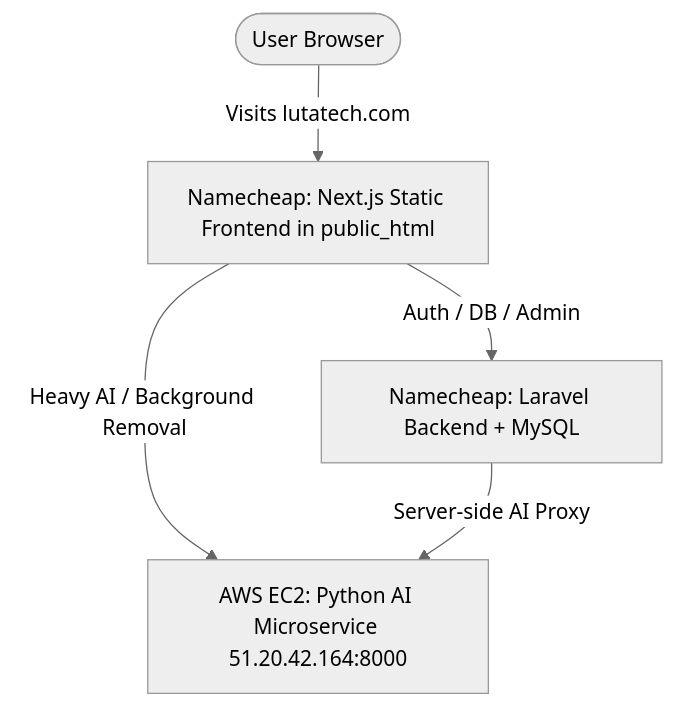
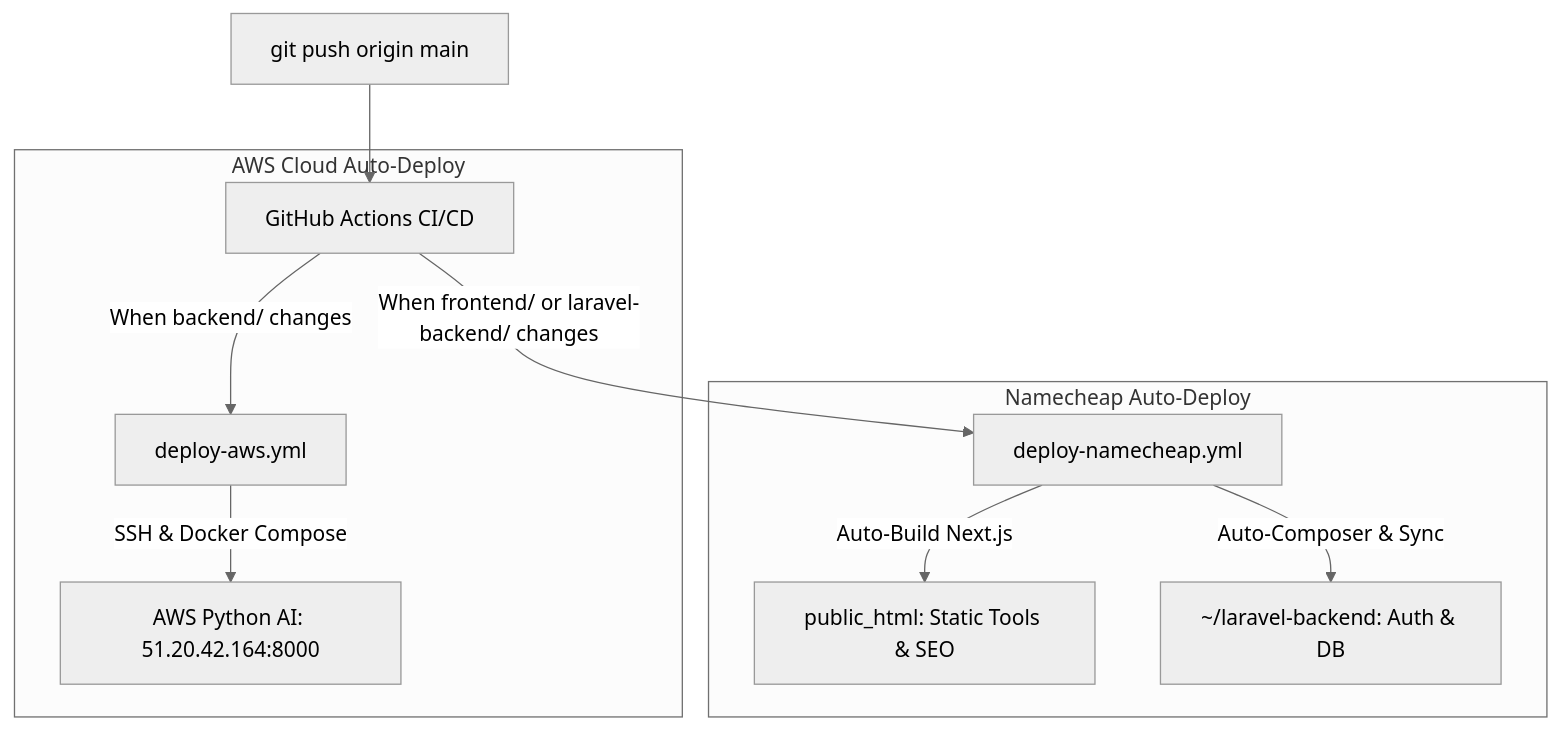
One commit to englutandula/lutatech.com changed the diagram in NAMECHEAP_DEPLOYMENT_GUIDE.md. Above: the diagram before and after it, drawn with Mermaid (neutral theme). The commit also changed other lines of this file and 2 other files, not shown here.

Commit message:
ci: Configure 100% automated fullstack deployment to Namecheap via GitHub Actions

````diff
--- a/NAMECHEAP_DEPLOYMENT_GUIDE.md
+++ b/NAMECHEAP_DEPLOYMENT_GUIDE.md
@@ -9,7 +12,15 @@
 ```mermaid
 flowchart TD
-    User([User Browser]) -->|Visits lutatech.com| NC_Front[Namecheap: Next.js Static Frontend in public_html]
-    NC_Front -->|Auth / DB / Admin| NC_Laravel[Namecheap: Laravel Backend + MySQL]
-    NC_Front -->|Heavy AI / Background Removal| AWS_Python[AWS EC2: Python AI Microservice 51.20.42.164:8000]
-    NC_Laravel -->|Server-side AI Proxy| AWS_Python
+    Push[git push origin main] --> GH[GitHub Actions CI/CD]
+    
+    subgraph AWS_Pipeline [AWS Cloud Auto-Deploy]
+        GH -->|When backend/ changes| AWS_Deploy[deploy-aws.yml]
+        AWS_Deploy -->|SSH & Docker Compose| EC2[AWS Python AI: 51.20.42.164:8000]
+    end
+    
+    subgraph Namecheap_Pipeline [Namecheap Auto-Deploy]
+        GH -->|When frontend/ or laravel-backend/ changes| NC_Deploy[deploy-namecheap.yml]
+        NC_Deploy -->|Auto-Build Next.js| NC_Front[public_html: Static Tools & SEO]
+        NC_Deploy -->|Auto-Composer & Sync| NC_Laravel[~/laravel-backend: Auth & DB]
+    end
 ```
````
